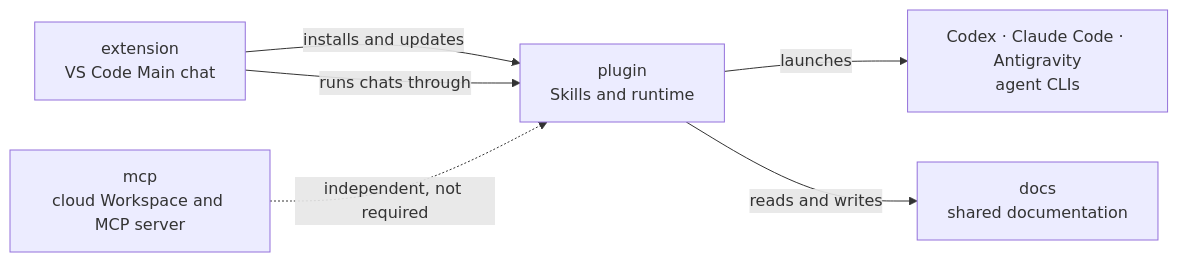
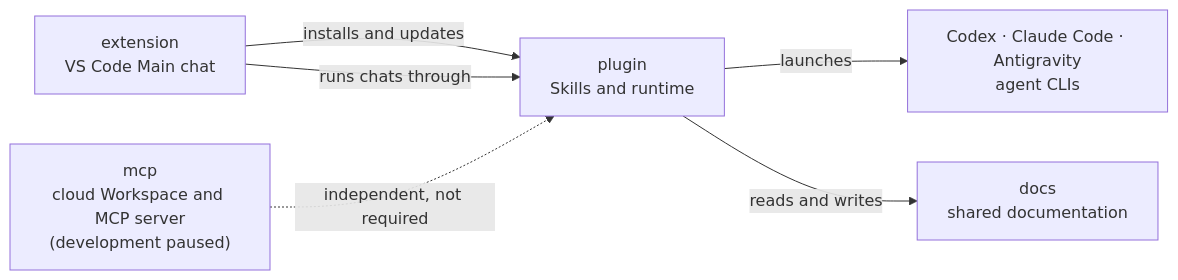
The diagram in README.md (KoreanLeeChangHyun/agent-factory), drawn with Mermaid before and after one commit. The commit also changed other lines of this file, not shown here.

````diff
--- a/README.md
+++ b/README.md
@@ -44,15 +46,15 @@
 ```mermaid
 flowchart LR
   accTitle: Agent Factory components
   accDescr: The VS Code extension installs the plugin and launches Codex, Claude Code or Antigravity runtimes. The docs repository holds shared documentation. The MCP service is independent.
   EXT["extension<br/>VS Code Main chat"]
   PLG["plugin<br/>Skills and runtime"]
   RT["Codex · Claude Code · Antigravity<br/>agent CLIs"]
   DOCS["docs<br/>shared documentation"]
-  MCP["mcp<br/>cloud Workspace and MCP server"]
+  MCP["mcp<br/>cloud Workspace and MCP server<br/>(development paused)"]
   EXT -->|installs and updates| PLG
   EXT -->|runs chats through| PLG
   PLG -->|launches| RT
   PLG -->|reads and writes| DOCS
   MCP -.->|independent, not required| PLG
 ```
````
